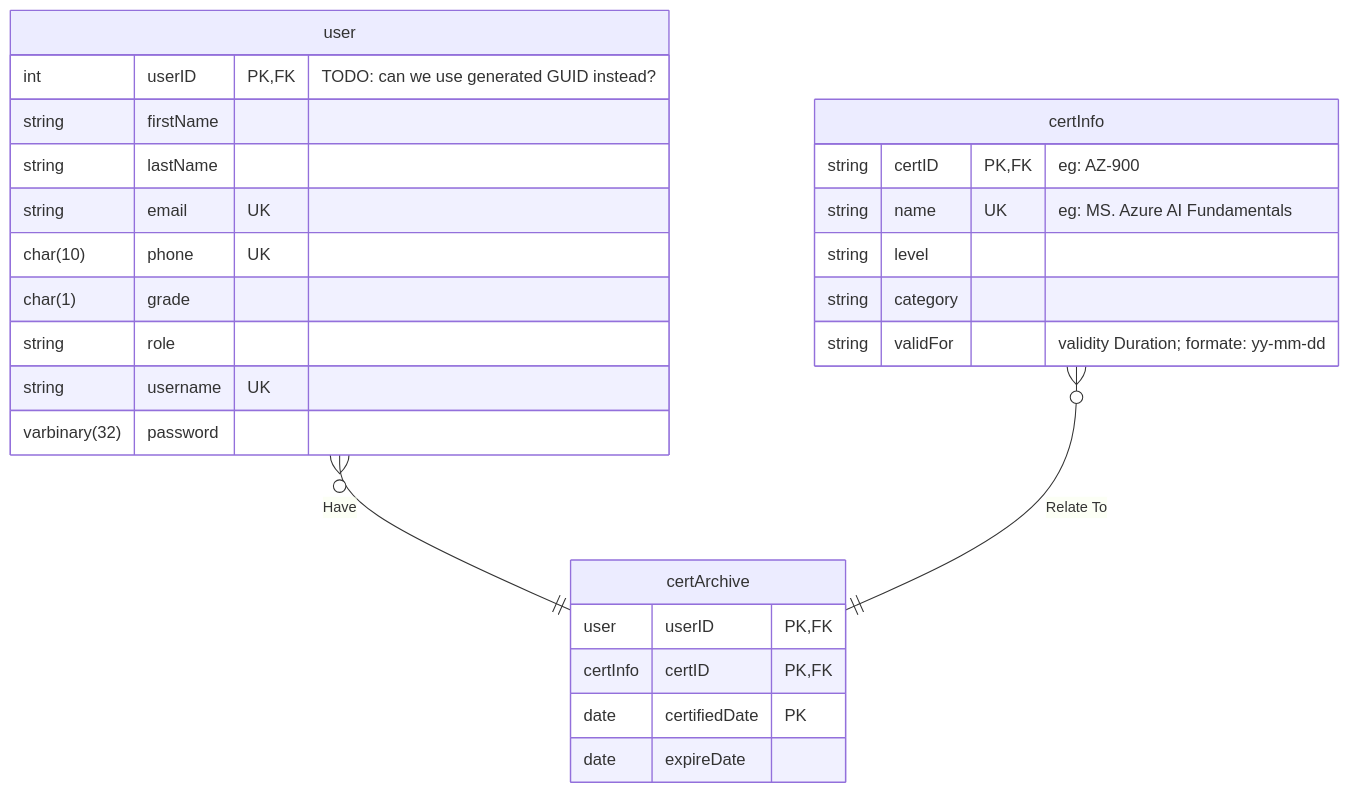
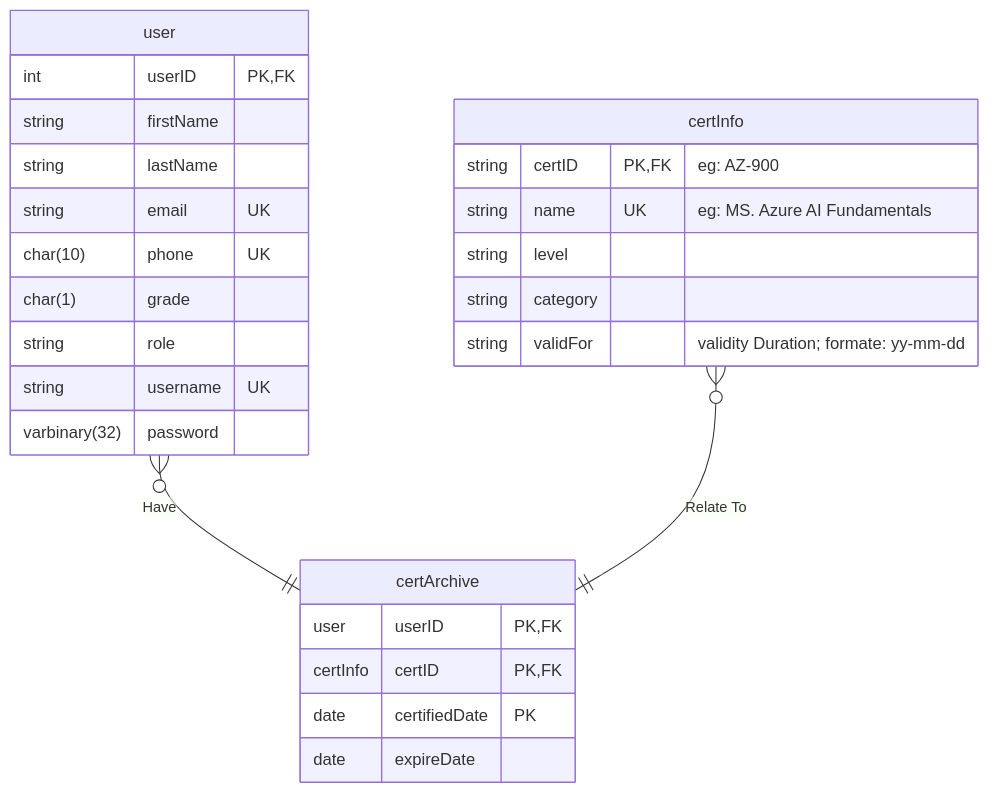
One commit to bsumner2/cs590_stub changed the diagram in README.md. Above: the diagram before and after it, drawn with Mermaid. The commit also changed other lines of this file, not shown here.

````diff
--- a/README.md
+++ b/README.md
@@ -46,30 +50,30 @@
 ```mermaid
 erDiagram
     user {
-        int             userID PK, FK  "TODO: can we use generated GUID instead?"
+        int             userID PK, FK
         string          firstName
         string          lastName
         string          email UK
         char(10)        phone UK
         char(1)         grade
         string          role
         string          username UK
         varbinary(32)   password
     }
     certInfo {
         string      certID PK, FK "eg: AZ-900"
         string      name UK "eg: MS. Azure AI Fundamentals"
         string      level
         string      category
         string      validFor "validity Duration; formate: yy-mm-dd"
     }
     certArchive {
         user        userID PK, FK
         certInfo    certID PK, FK
         date        certifiedDate PK
         date        expireDate
     }
     
     user     }o--|| certArchive : Have
     certInfo }o--|| certArchive : "Relate To"
 ```
````
